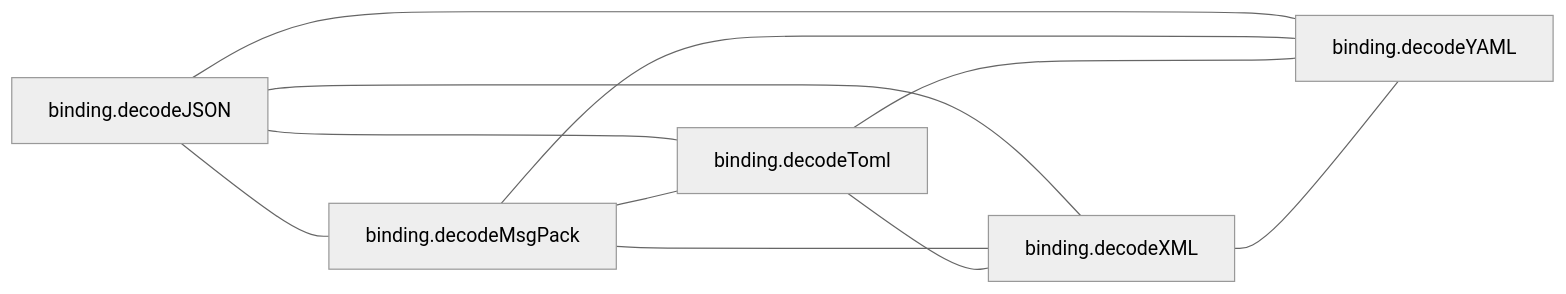
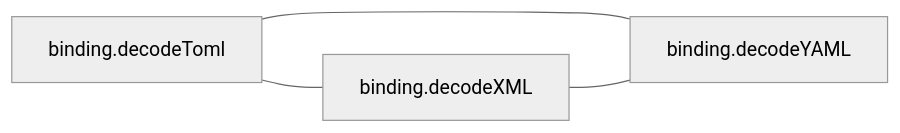
The fifth of 5 diagrams in examples/gin.md (LukasSelin/doppel), drawn with Mermaid (neutral theme) before and after one commit. The commit also changed other lines of this file and 36 other files, not shown here.

````diff
--- a/examples/gin.md
+++ b/examples/gin.md
@@ -719,18 +667,9 @@
 ```mermaid
 flowchart LR
-    m0["binding.decodeJSON"]
-    m1["binding.decodeMsgPack"]
-    m2["binding.decodeToml"]
-    m3["binding.decodeXML"]
-    m4["binding.decodeYAML"]
+    m0["binding.decodeToml"]
+    m1["binding.decodeXML"]
+    m2["binding.decodeYAML"]
     m0 --- m1
     m0 --- m2
-    m0 --- m3
-    m0 --- m4
     m1 --- m2
-    m1 --- m3
-    m1 --- m4
-    m2 --- m3
-    m2 --- m4
-    m3 --- m4
 ```
````
